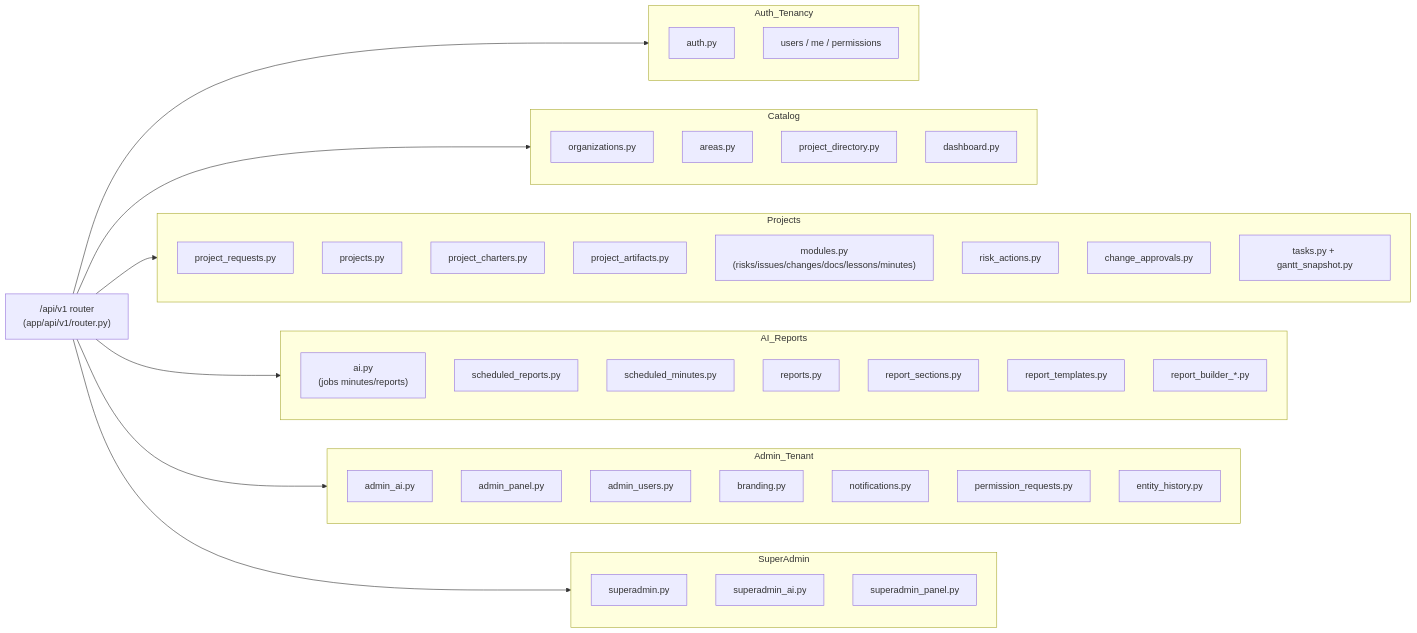
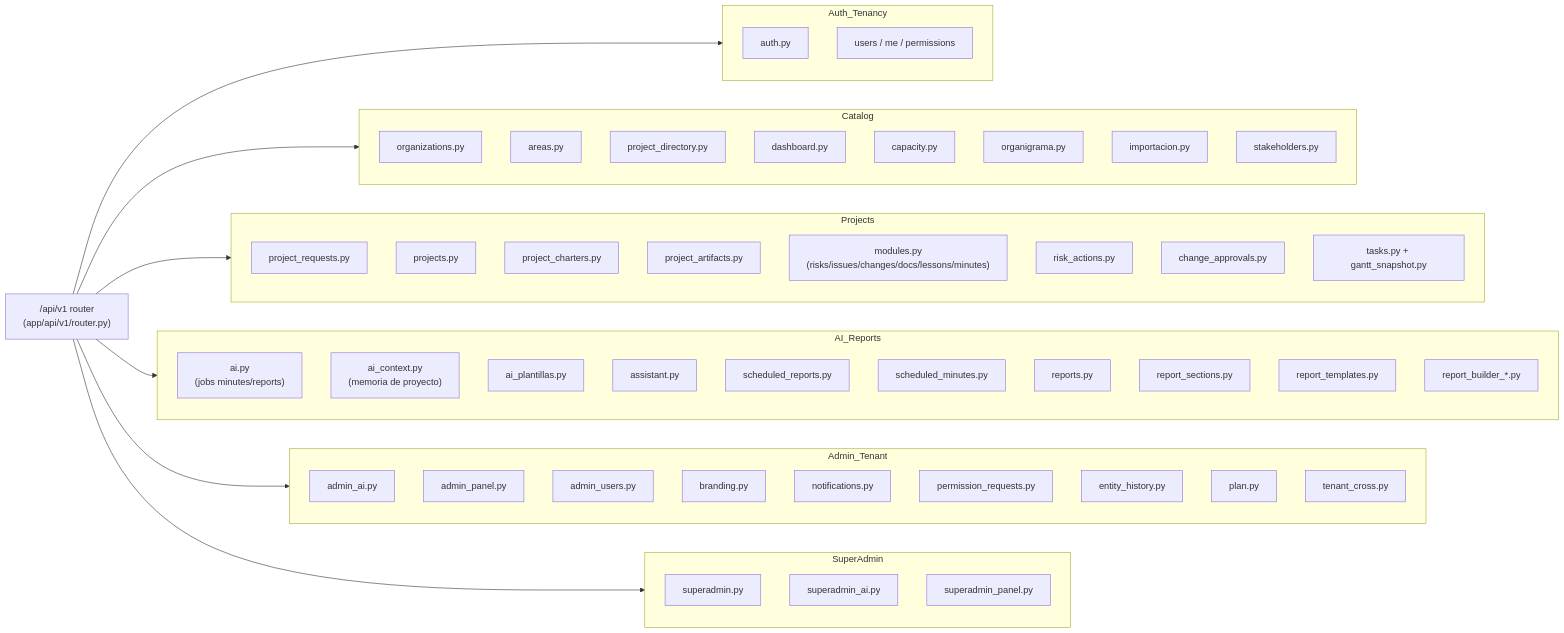
Before and after one commit to xguilxr/pmo_aas: the third of 6 diagrams in docs/architecture/README.md, drawn with Mermaid. The commit also changed other lines of this file and 7 other files, not shown here.

````diff
--- a/docs/architecture/README.md
+++ b/docs/architecture/README.md
@@ -105,60 +105,69 @@
 ```mermaid
 flowchart LR
     ROUTER["/api/v1 router<br/>(app/api/v1/router.py)"]
 
     subgraph Auth_Tenancy
         AUTH["auth.py"]
         ME["users / me / permissions"]
     end
 
     subgraph Catalog
         ORG["organizations.py"]
         AREAS["areas.py"]
         DIR["project_directory.py"]
         DASH["dashboard.py"]
+        CAP["capacity.py"]
+        ORGCH["organigrama.py"]
+        IMP["importacion.py"]
+        STAKE["stakeholders.py"]
     end
 
     subgraph Projects
         REQ["project_requests.py"]
         PROJ["projects.py"]
         CHART["project_charters.py"]
         ARTS["project_artifacts.py"]
         MODS["modules.py<br/>(risks/issues/changes/docs/lessons/minutes)"]
         RISKACT["risk_actions.py"]
         CHGAPP["change_approvals.py"]
         TASKS["tasks.py + gantt_snapshot.py"]
     end
 
     subgraph AI_Reports
         AI["ai.py<br/>(jobs minutes/reports)"]
+        AICTX["ai_context.py<br/>(memoria de proyecto)"]
+        AIPLANT["ai_plantillas.py"]
+        ASSIST["assistant.py"]
         SCHED_R["scheduled_reports.py"]
         SCHED_M["scheduled_minutes.py"]
         RPT["reports.py"]
         RPTSEC["report_sections.py"]
         RPTTPL["report_templates.py"]
         RPTBLD["report_builder_*.py"]
     end
 
     subgraph Admin_Tenant
         ADM_AI["admin_ai.py"]
         ADM_PNL["admin_panel.py"]
         ADM_USR["admin_users.py"]
         BRAND["branding.py"]
         NOTIF["notifications.py"]
         PERM["permission_requests.py"]
         ENTHIST["entity_history.py"]
+        PLAN["plan.py"]
+        TXCROSS["tenant_cross.py"]
     end
 
     subgraph SuperAdmin
         SA["superadmin.py"]
         SA_AI["superadmin_ai.py"]
         SA_PNL["superadmin_panel.py"]
     end
 
     ROUTER --> Auth_Tenancy
     ROUTER --> Catalog
     ROUTER --> Projects
     ROUTER --> AI_Reports
     ROUTER --> Admin_Tenant
     ROUTER --> SuperAdmin
 ```
````
